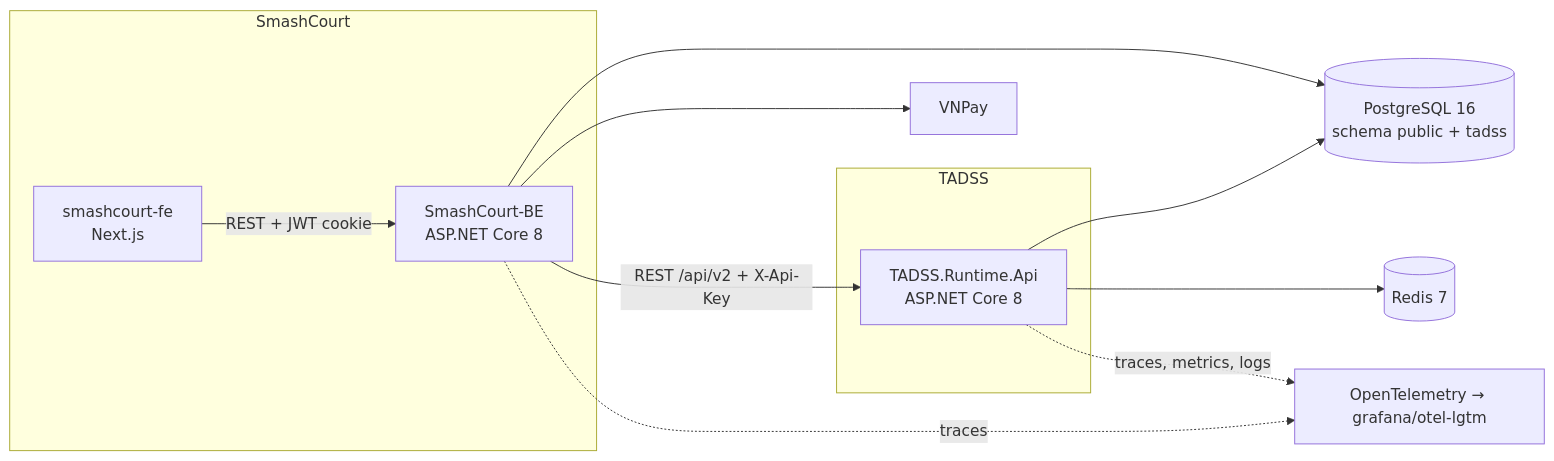
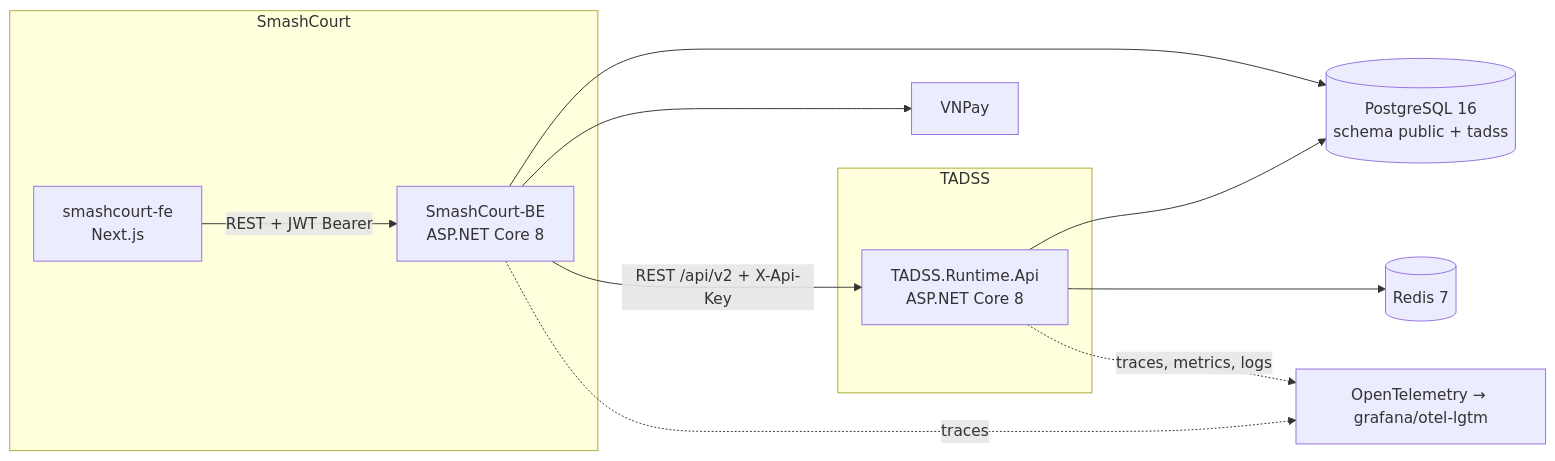
The first of 5 diagrams in docs/architecture/SOFTWARE_ARCHITECTURE_SPECIFICATION.md (NguyenThanhTrung-N2T/TrustworthyAdaptiveDecisionSupportSystem-TADSS), drawn with Mermaid before and after one commit. The commit also changed 12 other files, not shown here.

````diff
--- a/docs/architecture/SOFTWARE_ARCHITECTURE_SPECIFICATION.md
+++ b/docs/architecture/SOFTWARE_ARCHITECTURE_SPECIFICATION.md
@@ -9,23 +9,23 @@
 ```mermaid
 flowchart LR
     subgraph SC["SmashCourt"]
         FE["smashcourt-fe<br/>Next.js"]
         BE["SmashCourt-BE<br/>ASP.NET Core 8"]
     end
     subgraph T["TADSS"]
         API["TADSS.Runtime.Api<br/>ASP.NET Core 8"]
     end
     PG[("PostgreSQL 16<br/>schema public + tadss")]
     RD[("Redis 7")]
     OT["OpenTelemetry → grafana/otel-lgtm"]
     VN["VNPay"]
 
-    FE -- "REST + JWT cookie" --> BE
+    FE -- "REST + JWT Bearer" --> BE
     BE -- "REST /api/v2 + X-Api-Key" --> API
     BE --> PG
     BE --> VN
     API --> PG
     API --> RD
     API -. "traces, metrics, logs" .-> OT
     BE -. "traces" .-> OT
 ```
````
